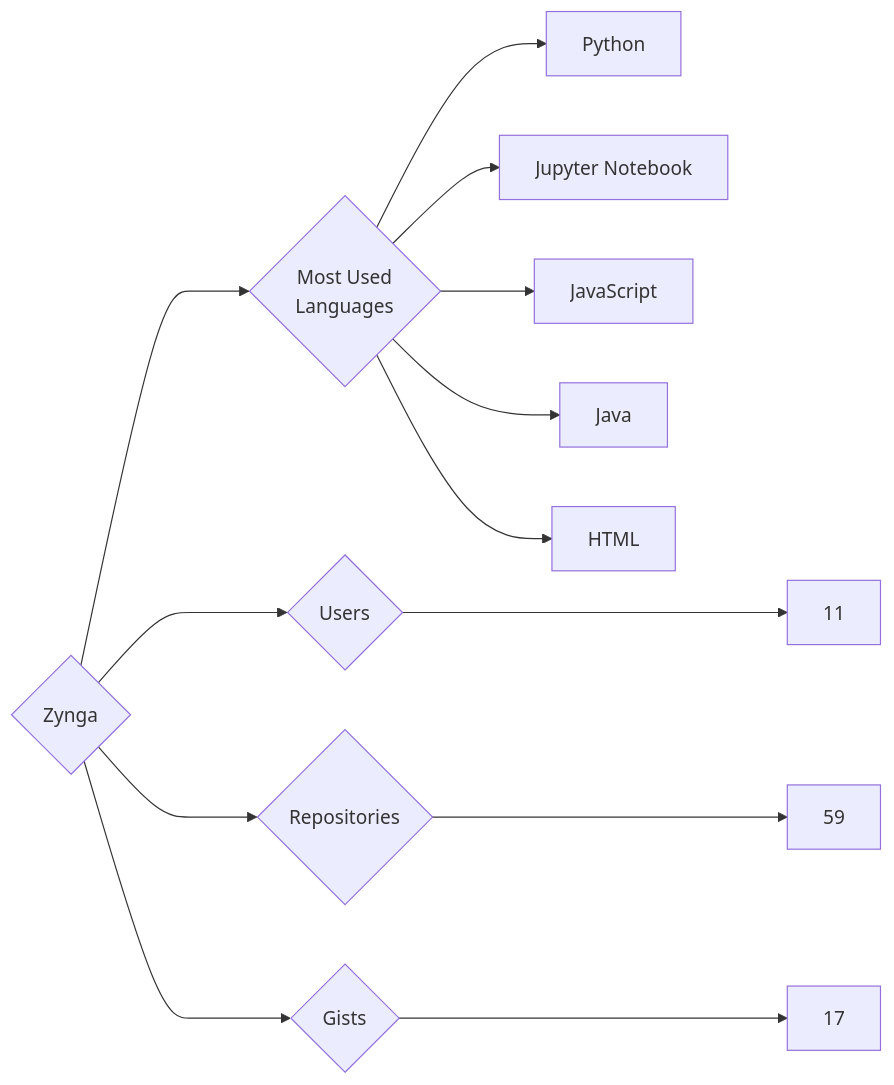
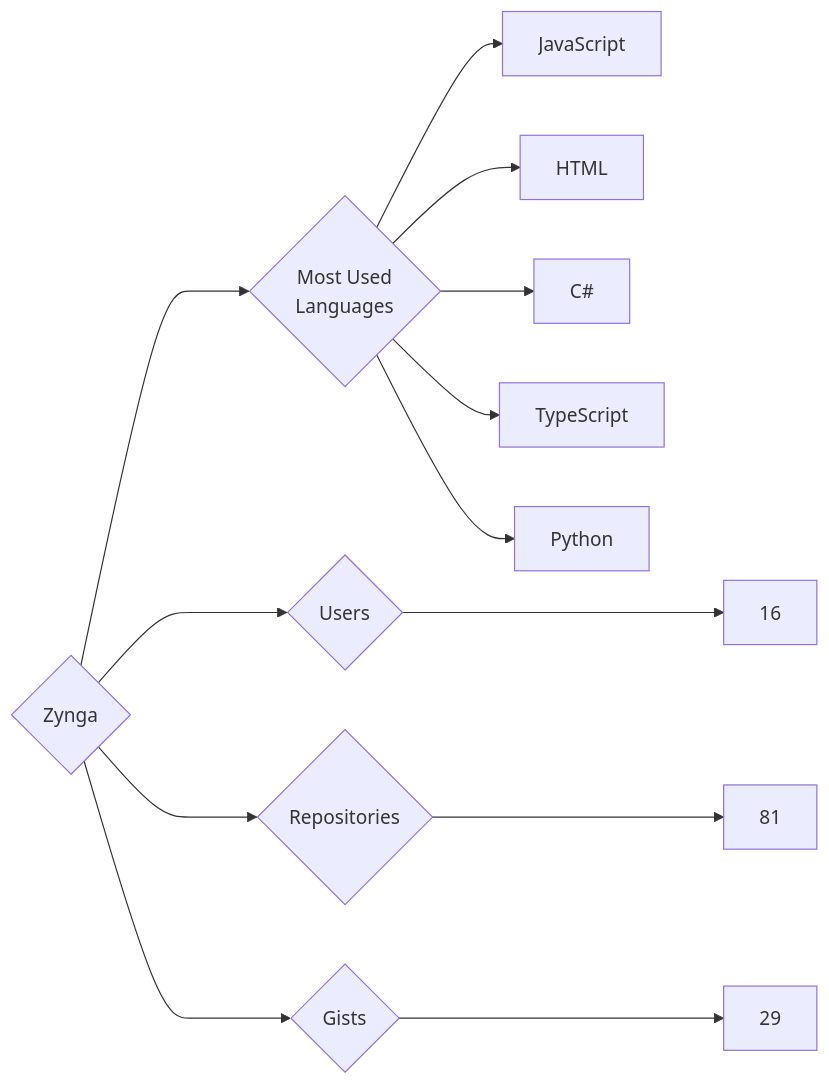
Before and after one commit to trickest/insiders: the diagram in targets/Zynga/README.md, drawn with Mermaid. The commit also changed 1508 other files, not shown here.

````diff
--- a/targets/Zynga/README.md
+++ b/targets/Zynga/README.md
@@ -3,13 +3,13 @@
 ```mermaid
 graph LR
 COMPANY_NAME{Zynga}
-COMPANY_NAME ---> U{Users} ---> UN[11]
-COMPANY_NAME ---> R{Repositories} ---> RN[59]
-COMPANY_NAME ---> G{Gists} ---> GN[17]
+COMPANY_NAME ---> U{Users} ---> UN[16]
+COMPANY_NAME ---> R{Repositories} ---> RN[81]
+COMPANY_NAME ---> G{Gists} ---> GN[29]
 COMPANY_NAME ---> ML{Most Used<br>Languages}
+ML --> JavaScript[JavaScript]
+ML --> HTML[HTML]
+ML --> C#[C#]
+ML --> TypeScript[TypeScript]
 ML --> Python[Python]
-ML --> Jupyter_Notebook[Jupyter Notebook]
-ML --> JavaScript[JavaScript]
-ML --> Java[Java]
-ML --> HTML[HTML]
 ```
````
